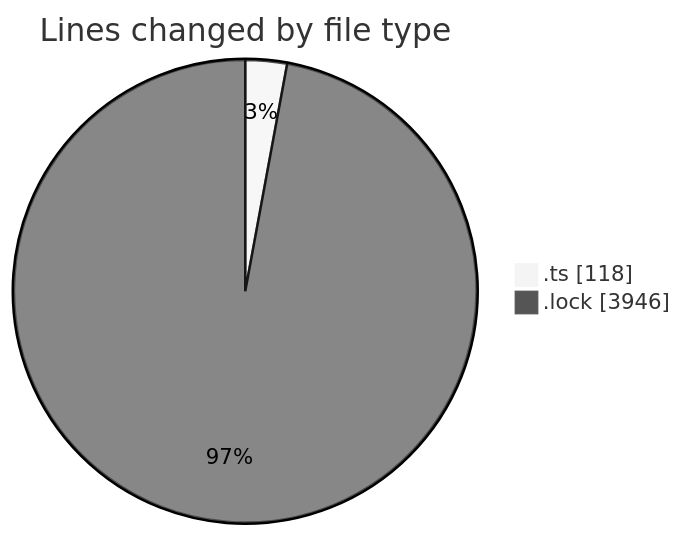
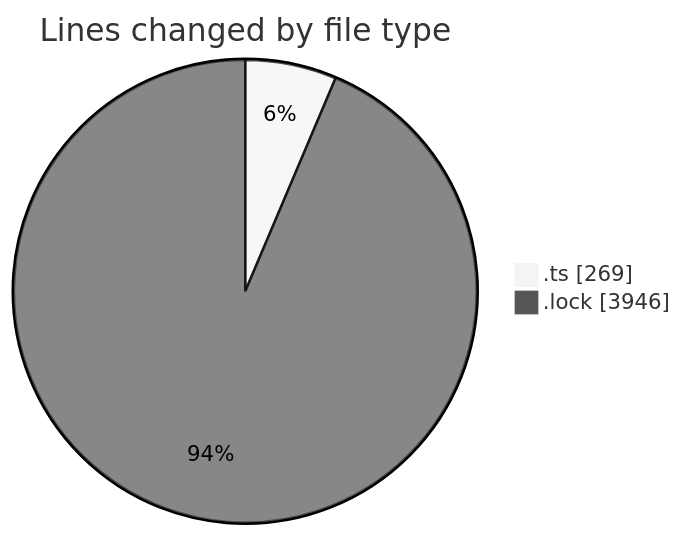
Before and after one commit to momahboobian/code-tracking: the first of 2 diagrams in 2025-08-19/cda/README.md, drawn with Mermaid (neutral theme). The commit also changed other lines of this file and 1 other file, not shown here.

````diff
--- a/2025-08-19/cda/README.md
+++ b/2025-08-19/cda/README.md
@@ -24,6 +24,6 @@
 ```mermaid
 pie showData
 title Lines changed by file type
-".ts" : 118
+".ts" : 269
 ".lock" : 3946
 ```
````
